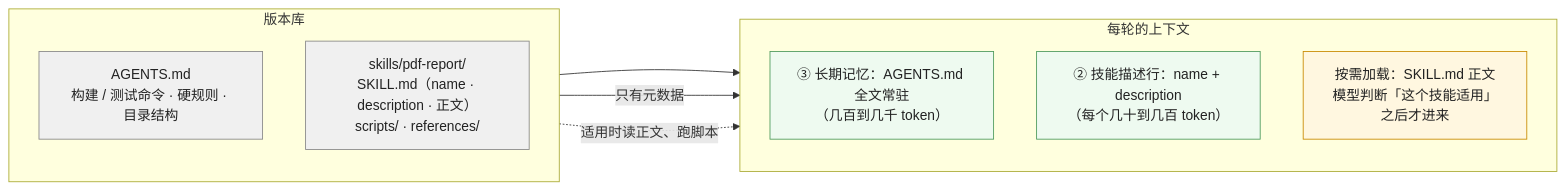
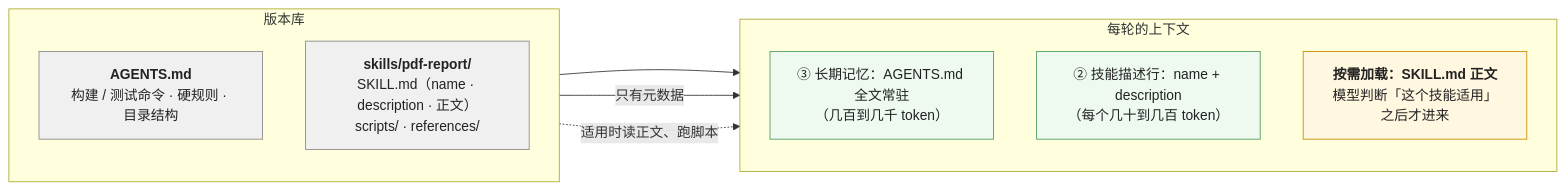
Before and after one commit to arganzheng/arganzheng.github.com: the fourth of 6 diagrams in _posts/2026-10-11-prompts-as-code-versioning-evals-and-context-vs-retrieval.md, drawn with Mermaid. The commit also changed other lines of this file and 6 other files, not shown here.

First line of the commit message:
Prompt 与上下文工程：模型这一步该看到什么：Mermaid 多行方框的首行标为标题（7 篇）

````diff
--- a/_posts/2026-10-11-prompts-as-code-versioning-evals-and-context-vs-retrieval.md
+++ b/_posts/2026-10-11-prompts-as-code-versioning-evals-and-context-vs-retrieval.md
@@ -188,24 +188,24 @@
 ```mermaid
 %% 图：AGENTS.md 与 SKILL.md 在上下文里的位置——AGENTS.md 常驻（第一篇的 ③ 长期记忆，每轮都在）；SKILL.md 只有 name + description 常驻，正文与 scripts/ 在模型判断适用后才加载；两者都在版本库里随代码提交
 flowchart LR
     subgraph REPO["版本库"]
         direction TB
-        AG["AGENTS.md<br/>构建 / 测试命令 · 硬规则 · 目录结构"]
-        SK["skills/pdf-report/<br/>SKILL.md（name · description · 正文）<br/>scripts/ · references/"]
+        AG["<b>AGENTS.md</b><br/>构建 / 测试命令 · 硬规则 · 目录结构"]
+        SK["<b>skills/pdf-report/</b><br/>SKILL.md（name · description · 正文）<br/>scripts/ · references/"]
     end
     subgraph CTX["每轮的上下文"]
         direction TB
         C1["③ 长期记忆：AGENTS.md 全文常驻<br/>（几百到几千 token）"]
         C2["② 技能描述行：name + description<br/>（每个几十到几百 token）"]
-        C3["按需加载：SKILL.md 正文<br/>模型判断「这个技能适用」之后才进来"]
+        C3["<b>按需加载：SKILL.md 正文</b><br/>模型判断「这个技能适用」之后才进来"]
     end
     AG --> C1
     SK -->|"只有元数据"| C2
     SK -.->|"适用时读正文、跑脚本"| C3
     classDef repo fill:#f0f0f0,stroke:#888,color:#222
     classDef res fill:#eefaf0,stroke:#4d9a5c,color:#222
     classDef lazy fill:#fff7e0,stroke:#c98a00,color:#222
     class AG,SK repo
     class C1,C2 res
     class C3 lazy
 ```
````
